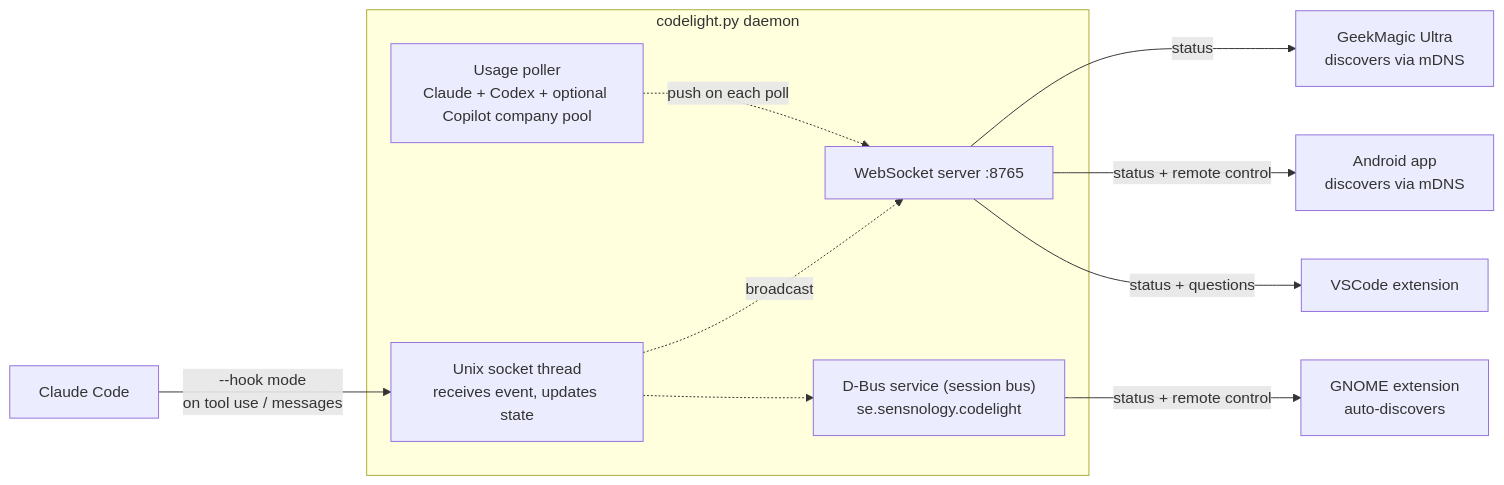
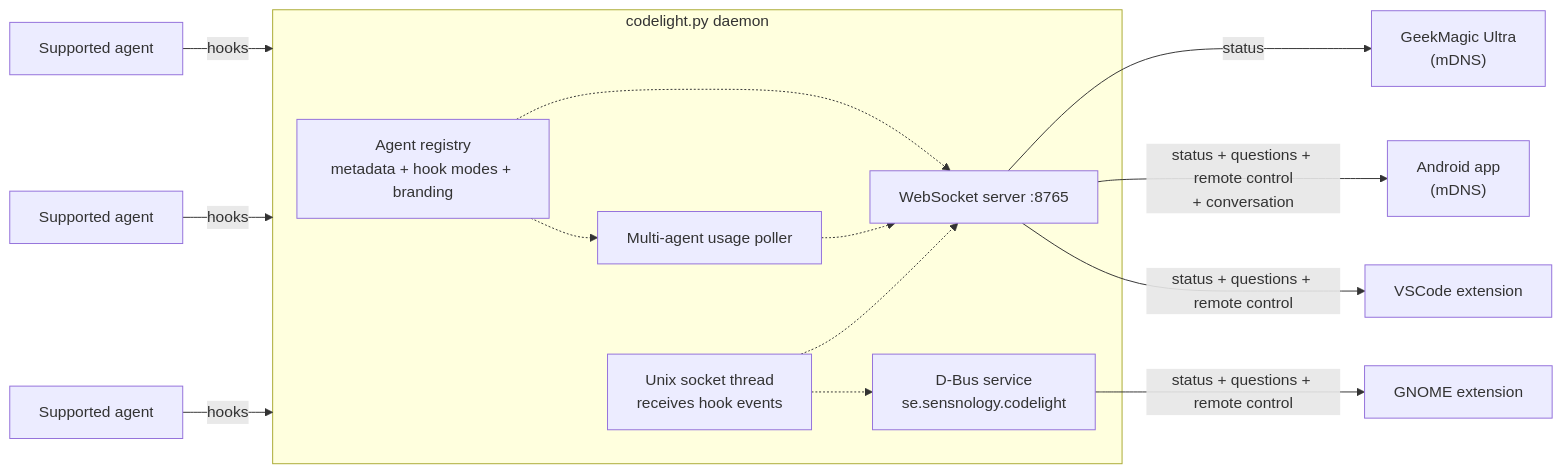
The diagram in companion/README.md (henrikekblad/codelight), drawn with Mermaid before and after one commit. The commit also changed other lines of this file and 18 other files, not shown here.

````diff
--- a/companion/README.md
+++ b/companion/README.md
@@ -265,20 +234,25 @@
 ```mermaid
 flowchart LR
-    CC["Claude Code"] -->|--hook mode<br/>on tool use / messages| SOCK
+    A1["Supported agent"] -->|hooks| D
+    A2["Supported agent"] -->|hooks| D
+    A3["Supported agent"] -->|hooks| D
 
     subgraph D["codelight.py daemon"]
-        SOCK["Unix socket thread<br/>receives event, updates state"]
-        USAGE["Usage poller<br/>Claude + Codex + optional Copilot company pool"]
+        REG["Agent registry<br/>metadata + hook modes + branding"]
+        SOCK["Unix socket thread<br/>receives hook events"]
+        USAGE["Multi-agent usage poller"]
         WS["WebSocket server :8765"]
-        DBUS["D-Bus service (session bus)<br/>se.sensnology.codelight"]
+        DBUS["D-Bus service<br/>se.sensnology.codelight"]
     end
 
-    SOCK -.->|broadcast| WS
-    USAGE -.->|push on each poll| WS
+    WS -->|status| SCREEN["GeekMagic Ultra<br/>(mDNS)"]
+    WS -->|status + questions + remote control<br/>+ conversation| ANDROID["Android app<br/>(mDNS)"]
+    WS -->|status + questions + remote control| VSCODE["VSCode extension"]
+    DBUS -->|status + questions + remote control| GNOME["GNOME extension"]
+
+    REG -.-> USAGE
+    REG -.-> WS
+    USAGE -.-> WS
+    SOCK -.-> WS
     SOCK -.-> DBUS
-
-    WS -->|status| SCREEN["GeekMagic Ultra<br/>discovers via mDNS"]
-    WS -->|status + remote control| ANDROID["Android app<br/>discovers via mDNS"]
-    WS -->|status + questions| VSCODE["VSCode extension"]
-    DBUS -->|status + remote control| GNOME["GNOME extension<br/>auto-discovers"]
 ```
````
